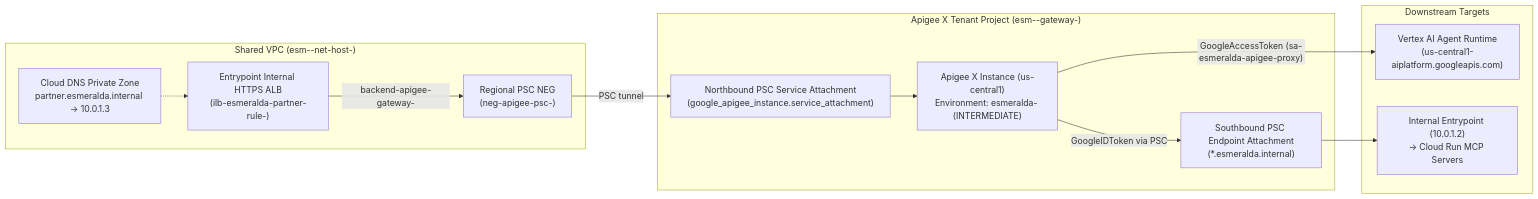
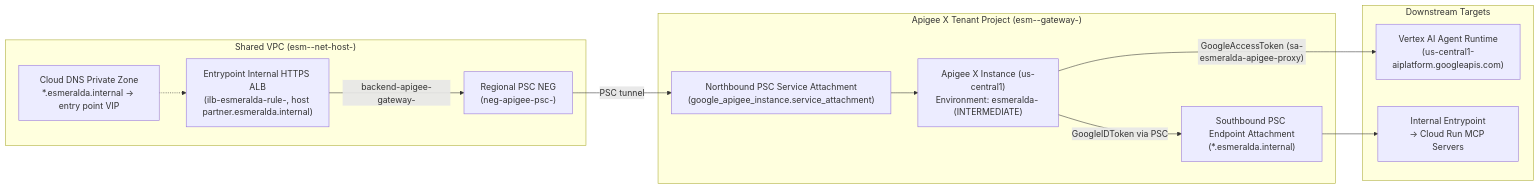
One commit to google/esmeralda changed the second of 4 diagrams in docs/src/2-workloads-and-catalog/04-apigee-partner-gateway.md. Above: the diagram before and after it, drawn with Mermaid. The commit also changed other lines of this file and 8 other files, not shown here.

````diff
--- a/docs/src/2-workloads-and-catalog/04-apigee-partner-gateway.md
+++ b/docs/src/2-workloads-and-catalog/04-apigee-partner-gateway.md
@@ -74,26 +74,26 @@
 ```mermaid
 flowchart LR
     subgraph SharedVPC["Shared VPC (esm-<env>-net-host-<sfx>)"]
-        DNS["Cloud DNS Private Zone<br/>partner.esmeralda.internal -> 10.0.1.3"]
-        ALB["Entrypoint Internal HTTPS ALB<br/>(ilb-esmeralda-partner-rule-<env>)"]
+        DNS["Cloud DNS Private Zone<br/>*.esmeralda.internal -> entry point VIP"]
+        ALB["Entrypoint Internal HTTPS ALB<br/>(ilb-esmeralda-rule-<env>, host partner.esmeralda.internal)"]
         PSCNEG["Regional PSC NEG<br/>(neg-apigee-psc-<env>)"]
     end
 
     subgraph ApigeeTenant["Apigee X Tenant Project (esm-<env>-gateway-<sfx>)"]
         SA_IN["Northbound PSC Service Attachment<br/>(google_apigee_instance.service_attachment)"]
         INST["Apigee X Instance (us-central1)<br/>Environment: esmeralda-<env> (INTERMEDIATE)"]
         EP_ATT["Southbound PSC Endpoint Attachment<br/>(*.esmeralda.internal)"]
     end
 
     subgraph Targets["Downstream Targets"]
         VAI["Vertex AI Agent Runtime<br/>(us-central1-aiplatform.googleapis.com)"]
-        MCPS["Internal Entrypoint (10.0.1.2)<br/>-> Cloud Run MCP Servers"]
+        MCPS["Internal Entrypoint<br/>-> Cloud Run MCP Servers"]
     end
 
     DNS -.-> ALB
     ALB -->|"backend-apigee-gateway-<env>"| PSCNEG
     PSCNEG -->|"PSC tunnel"| SA_IN
     SA_IN --> INST
     INST -->|"GoogleAccessToken (sa-esmeralda-apigee-proxy)"| VAI
     INST -->|"GoogleIDToken via PSC"| EP_ATT --> MCPS
 ```
````
